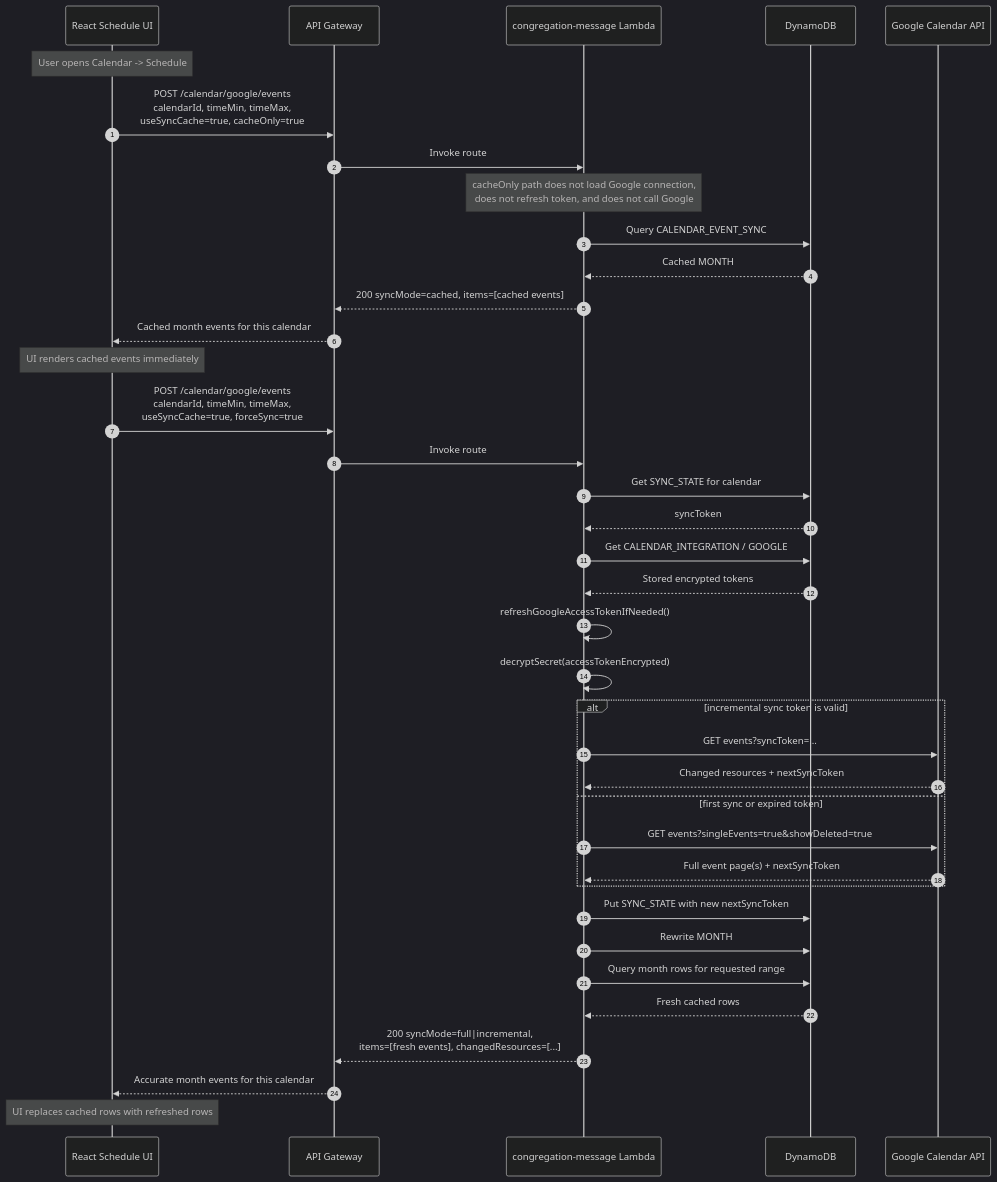
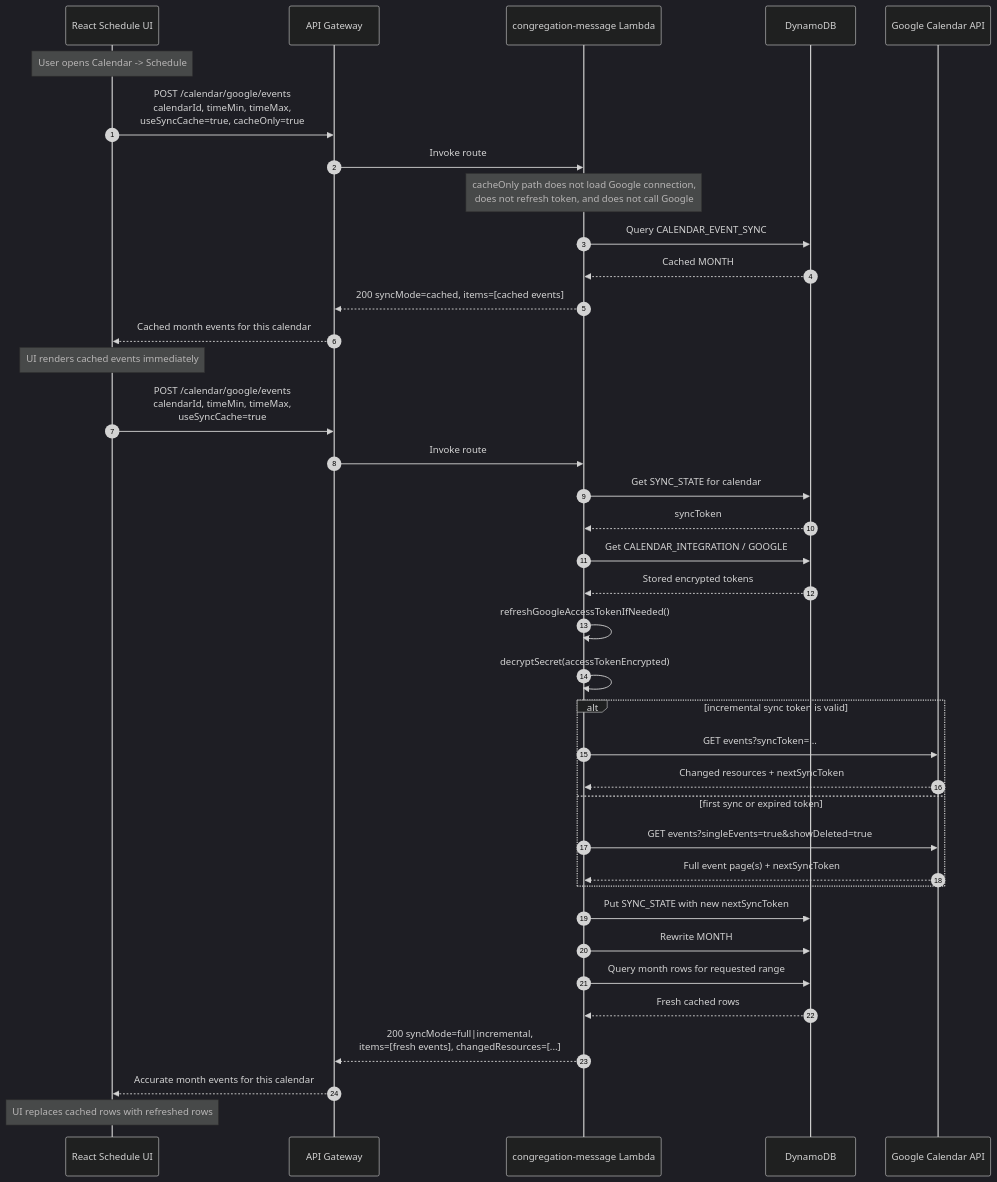
Before and after one commit to bassemvictor/shepherd-hub: the diagram in README.md, drawn with Mermaid (dark theme). The commit also changed 4 other files, not shown here.

````diff
--- a/README.md
+++ b/README.md
@@ -204,42 +204,42 @@
 ```mermaid
 sequenceDiagram
     autonumber
     participant UI as React Schedule UI
     participant API as API Gateway
     participant Lambda as congregation-message Lambda
     participant Dynamo as DynamoDB
     participant Google as Google Calendar API
 
     Note over UI: User opens Calendar -> Schedule
     UI->>API: POST /calendar/google/events<br/>calendarId, timeMin, timeMax,<br/>useSyncCache=true, cacheOnly=true
     API->>Lambda: Invoke route
     Note over Lambda: cacheOnly path does not load Google connection,<br/>does not refresh token, and does not call Google
     Lambda->>Dynamo: Query CALENDAR_EVENT_SYNC#userKey#calendarId<br/>month rows for requested range
     Dynamo-->>Lambda: Cached MONTH#yyyy-mm#chunk rows
     Lambda-->>API: 200 syncMode=cached, items=[cached events]
     API-->>UI: Cached month events for this calendar
     Note over UI: UI renders cached events immediately
 
-    UI->>API: POST /calendar/google/events<br/>calendarId, timeMin, timeMax,<br/>useSyncCache=true, forceSync=true
+    UI->>API: POST /calendar/google/events<br/>calendarId, timeMin, timeMax,<br/>useSyncCache=true
     API->>Lambda: Invoke route
     Lambda->>Dynamo: Get SYNC_STATE for calendar
     Dynamo-->>Lambda: syncToken
     Lambda->>Dynamo: Get CALENDAR_INTEGRATION / GOOGLE#userKey
     Dynamo-->>Lambda: Stored encrypted tokens
     Lambda->>Lambda: refreshGoogleAccessTokenIfNeeded()
     Lambda->>Lambda: decryptSecret(accessTokenEncrypted)
     alt incremental sync token is valid
         Lambda->>Google: GET events?syncToken=...
         Google-->>Lambda: Changed resources + nextSyncToken
     else first sync or expired token
         Lambda->>Google: GET events?singleEvents=true&showDeleted=true
         Google-->>Lambda: Full event page(s) + nextSyncToken
     end
     Lambda->>Dynamo: Put SYNC_STATE with new nextSyncToken
     Lambda->>Dynamo: Rewrite MONTH#yyyy-mm#chunk cache rows
     Lambda->>Dynamo: Query month rows for requested range
     Dynamo-->>Lambda: Fresh cached rows
     Lambda-->>API: 200 syncMode=full|incremental,<br/>items=[fresh events], changedResources=[...]
     API-->>UI: Accurate month events for this calendar
     Note over UI: UI replaces cached rows with refreshed rows
 ```
````
